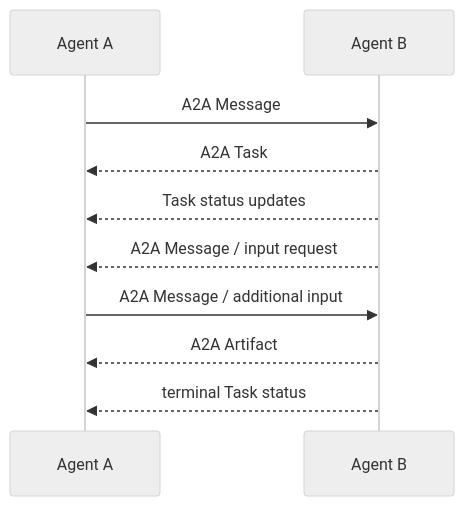
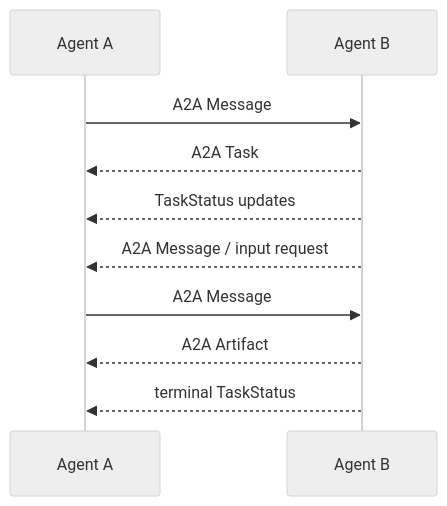
One commit to tsuuanmi/AgentOS changed the second of 3 diagrams in docs/architecture/agent-communication.md. Above: the diagram before and after it, drawn with Mermaid (neutral theme). The commit also changed other lines of this file, not shown here.

Commit message:
docs: remove legacy Worker Exchange from communication architecture

```diff
--- a/docs/architecture/agent-communication.md
+++ b/docs/architecture/agent-communication.md
@@ -153,13 +107,13 @@
 ~~~mermaid
 sequenceDiagram
     participant A as Agent A
     participant B as Agent B
 
     A->>B: A2A Message
     B-->>A: A2A Task
-    B-->>A: Task status updates
+    B-->>A: TaskStatus updates
     B-->>A: A2A Message / input request
-    A->>B: A2A Message / additional input
+    A->>B: A2A Message
     B-->>A: A2A Artifact
-    B-->>A: terminal Task status
+    B-->>A: terminal TaskStatus
 ~~~
```
